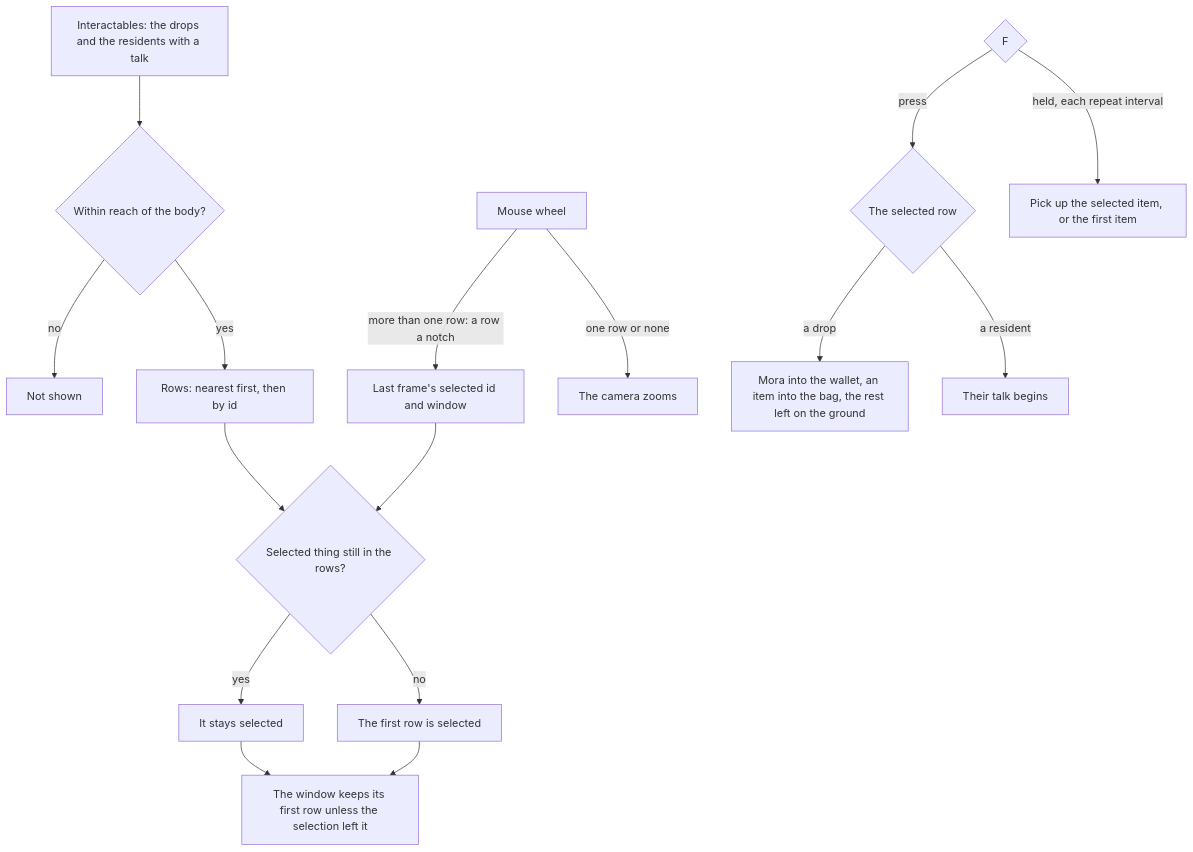
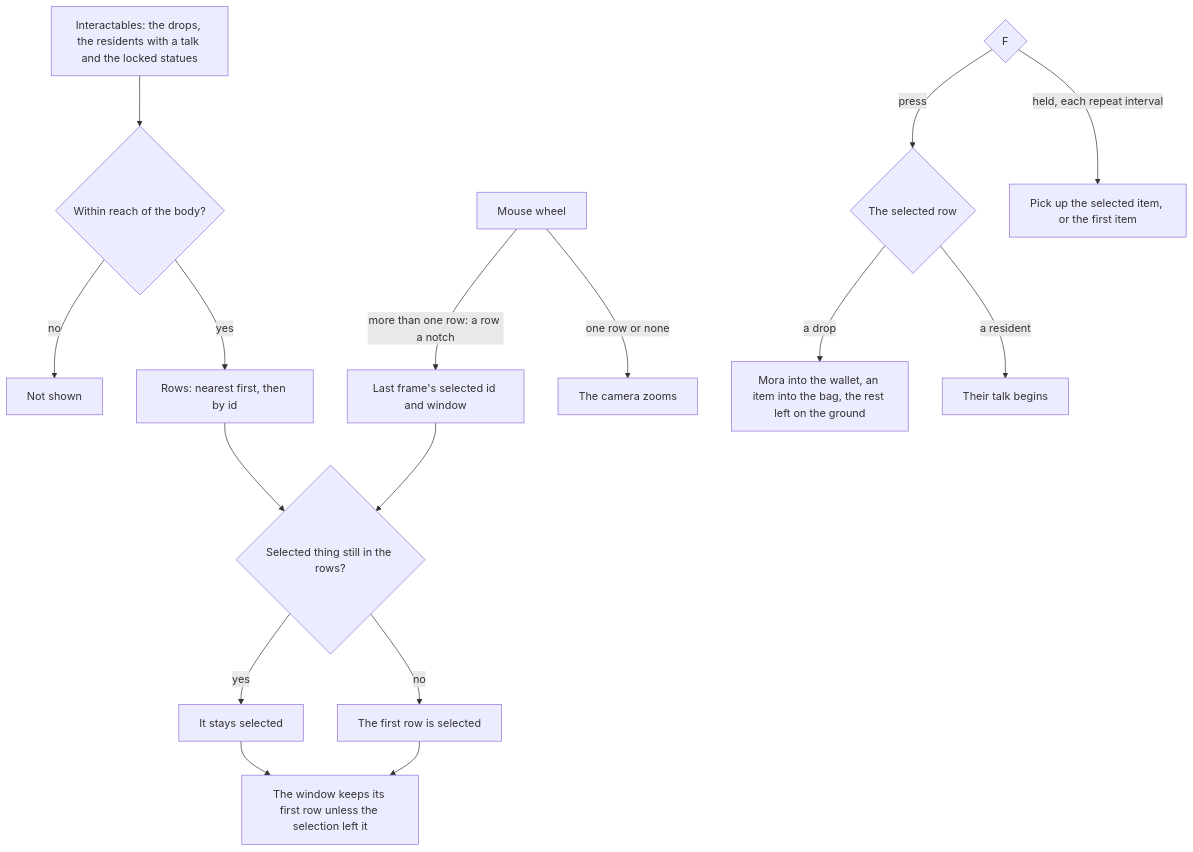
Before and after one commit to Esposter/Esposter: the diagram in apps/web/content/docs/genshin/interaction.md, drawn with Mermaid. The commit also changed other lines of this file and 7 other files, not shown here.

First line of the commit message:
docs(genshin): map unlocking's statues are an as-built page, the proposal keeps the waypoints, their rewards and the pointer, and the map, minimap and interaction pages say a locked statue is unlocked on F

````diff
--- a/apps/web/content/docs/genshin/interaction.md
+++ b/apps/web/content/docs/genshin/interaction.md
@@ -12,18 +12,18 @@
 ```mermaid
 flowchart TD
-  T["Interactables: the drops and the residents with a talk"] --> R{"Within reach of the body?"}
+  T["Interactables: the drops, the residents with a talk and the locked statues"] --> R{"Within reach of the body?"}
   R -->|"no"| X["Not shown"]
   R -->|"yes"| O["Rows: nearest first, then by id"]
   S["Last frame's selected id and window"] --> K{"Selected thing still in the rows?"}
   O --> K
   K -->|"yes"| SEL["It stays selected"]
   K -->|"no"| FIRST["The first row is selected"]
   SEL --> WIN["The window keeps its first row unless the selection left it"]
   FIRST --> WIN
   W["Mouse wheel"] -->|"more than one row: a row a notch"| S
   W -->|"one row or none"| CAM["The camera zooms"]
   F{"F"} -->|"press"| ACT{"The selected row"}
   ACT -->|"a drop"| PICK["Mora into the wallet, an item into the bag, the rest left on the ground"]
   ACT -->|"a resident"| TALK["Their talk begins"]
   F -->|"held, each repeat interval"| REP["Pick up the selected item, or the first item"]
 ```
````
